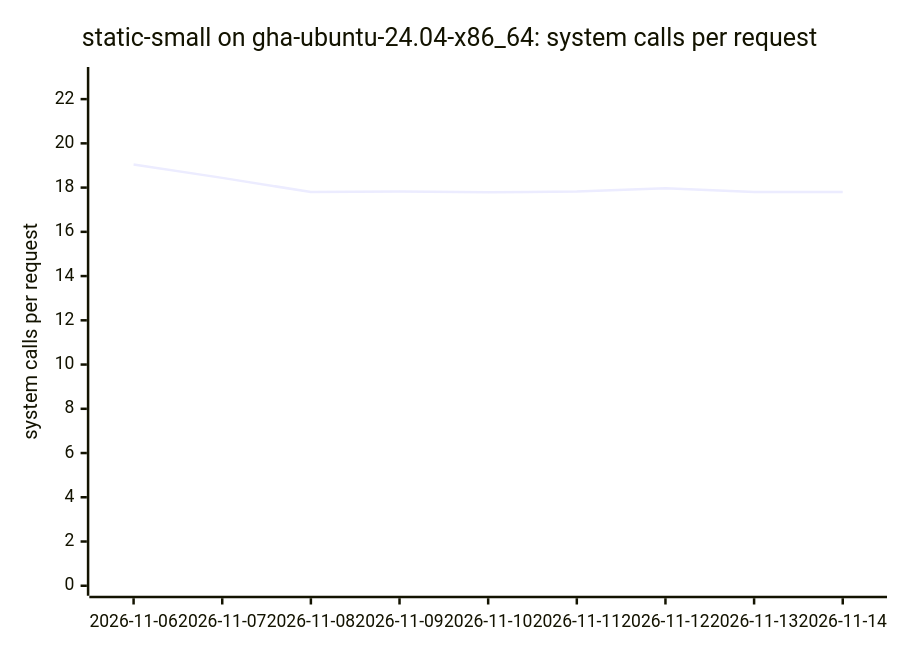
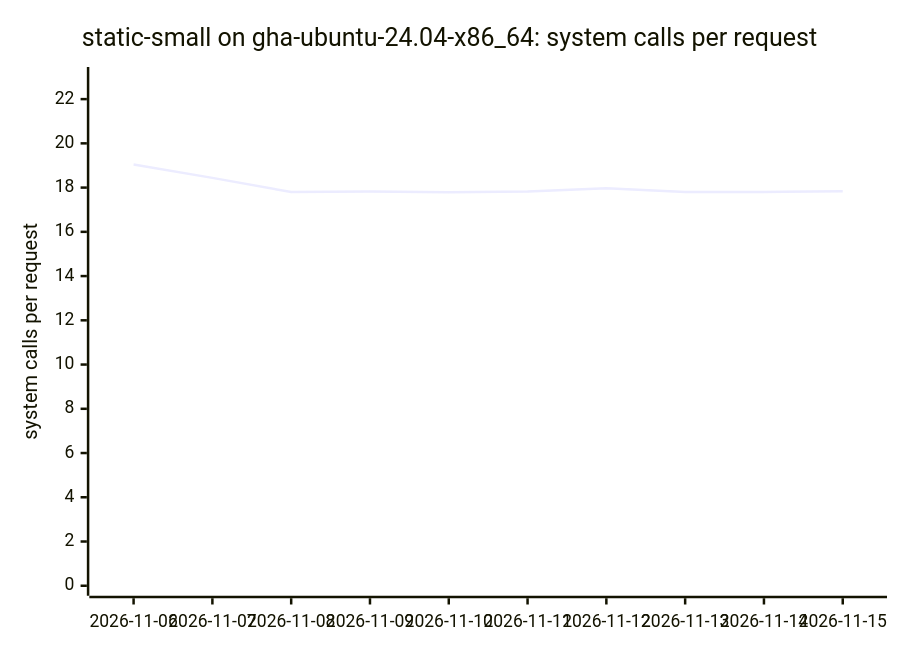
Before and after one commit to ThePixelPilgrim/durchlauferhitzer: the tenth of 18 diagrams in BENCHMARKS.md, drawn with Mermaid. The commit also changed other lines of this file and 1 other file, not shown here.

````diff
--- a/BENCHMARKS.md
+++ b/BENCHMARKS.md
@@ -118,7 +118,7 @@
 ```mermaid
 xychart-beta
   title "static-small on gha-ubuntu-24.04-x86_64: system calls per request"
-  x-axis ["2026-11-06", "2026-11-07", "2026-11-08", "2026-11-09", "2026-11-10", "2026-11-11", "2026-11-12", "2026-11-13", "2026-11-14"]
+  x-axis ["2026-11-06", "2026-11-07", "2026-11-08", "2026-11-09", "2026-11-10", "2026-11-11", "2026-11-12", "2026-11-13", "2026-11-14", "2026-11-15"]
   y-axis "system calls per request" 0 --> 23
-  line [19.04, 18.44, 17.80, 17.82, 17.79, 17.82, 17.97, 17.80, 17.80]
+  line [19.04, 18.44, 17.80, 17.82, 17.79, 17.82, 17.97, 17.80, 17.80, 17.84]
 ```
````
